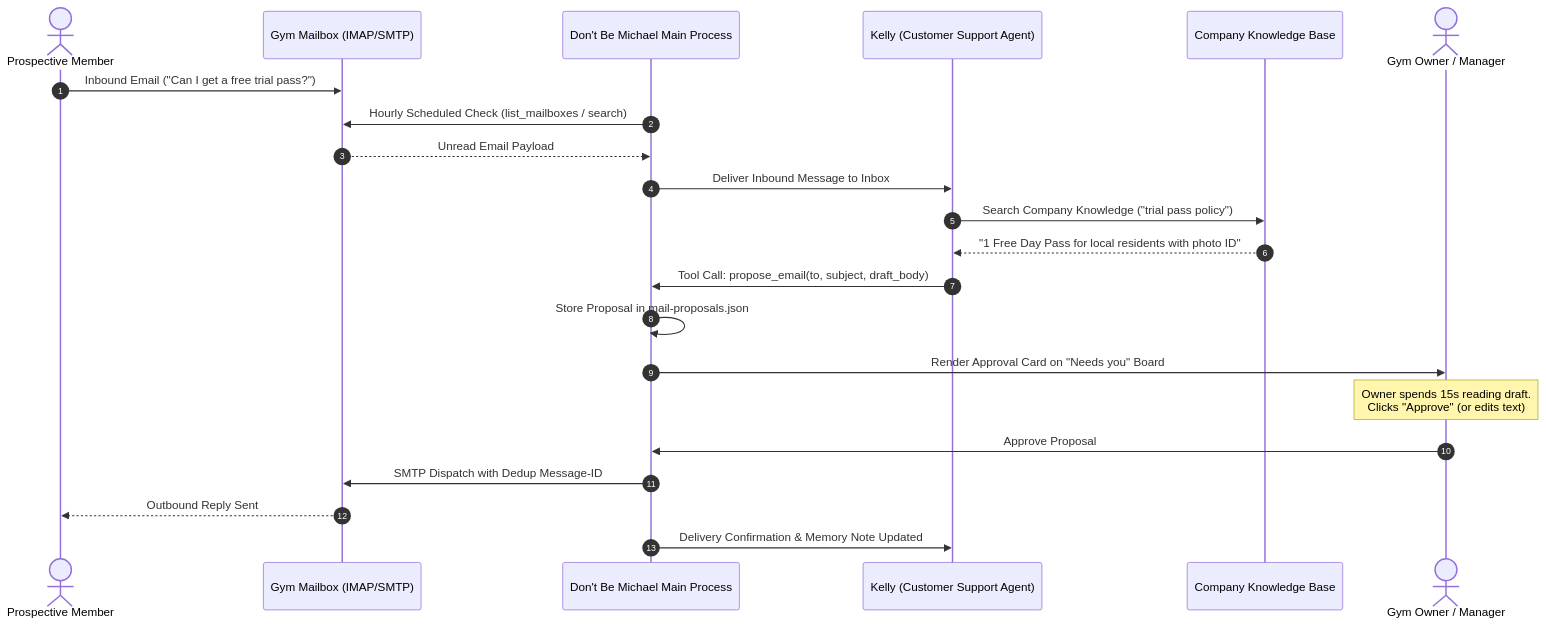
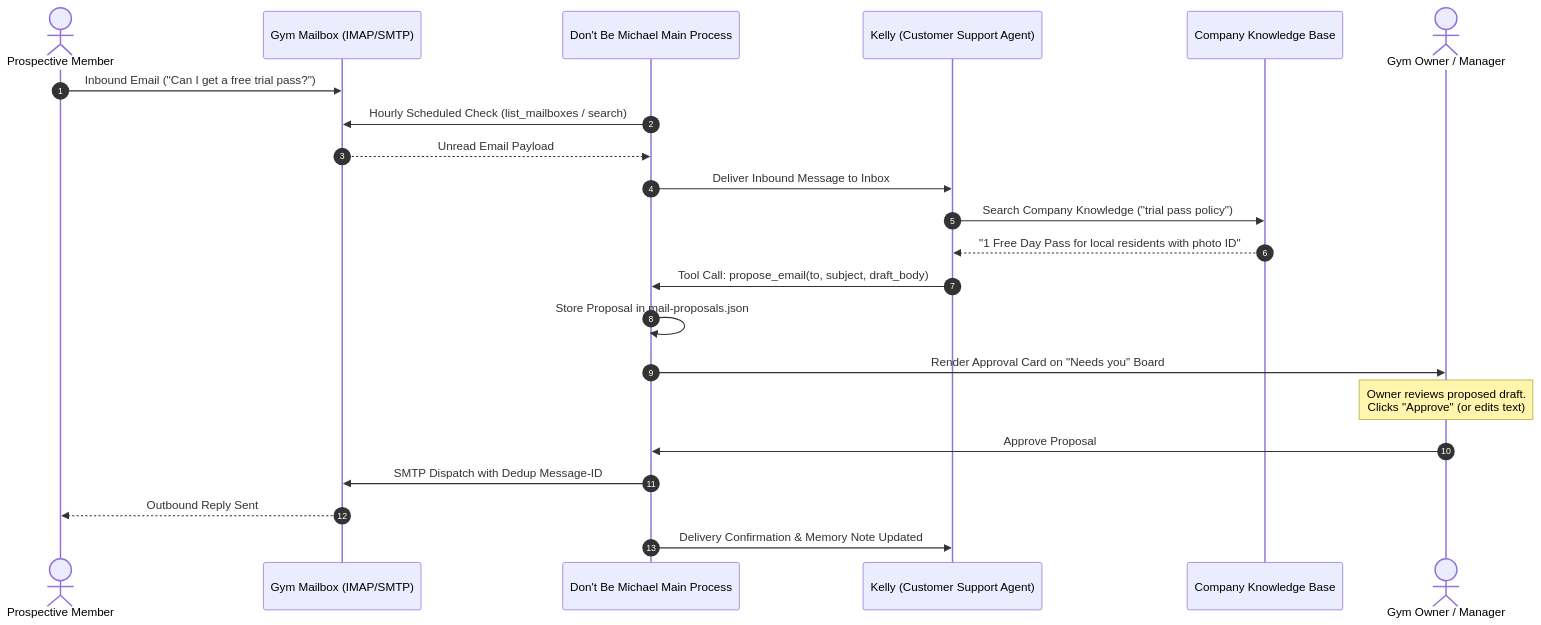
One commit to agentvivekkumar/dontbemichael changed the diagram in docs/pilot/GYM_WORKFLOW.md. Above: the diagram before and after it, drawn with Mermaid. The commit also changed other lines of this file and 1 other file, not shown here.

````diff
--- a/docs/pilot/GYM_WORKFLOW.md
+++ b/docs/pilot/GYM_WORKFLOW.md
@@ -13,25 +13,25 @@
 ```mermaid
 sequenceDiagram
     autonumber
     actor Customer as Prospective Member
     participant Mail as Gym Mailbox (IMAP/SMTP)
     participant Harness as Don't Be Michael Main Process
     participant Kelly as Kelly (Customer Support Agent)
     participant KB as Company Knowledge Base
     actor Owner as Gym Owner / Manager
     
     Customer->>Mail: Inbound Email ("Can I get a free trial pass?")
     Harness->>Mail: Hourly Scheduled Check (list_mailboxes / search)
     Mail-->>Harness: Unread Email Payload
     Harness->>Kelly: Deliver Inbound Message to Inbox
     Kelly->>KB: Search Company Knowledge ("trial pass policy")
     KB-->>Kelly: "1 Free Day Pass for local residents with photo ID"
     Kelly->>Harness: Tool Call: propose_email(to, subject, draft_body)
     Harness->>Harness: Store Proposal in mail-proposals.json
     Harness->>Owner: Render Approval Card on "Needs you" Board
-    Note over Owner: Owner spends 15s reading draft.<br/>Clicks "Approve" (or edits text)
+    Note over Owner: Owner reviews proposed draft.<br/>Clicks "Approve" (or edits text)
     Owner->>Harness: Approve Proposal
     Harness->>Mail: SMTP Dispatch with Dedup Message-ID
     Mail-->>Customer: Outbound Reply Sent
     Harness->>Kelly: Delivery Confirmation & Memory Note Updated
 ```
````
